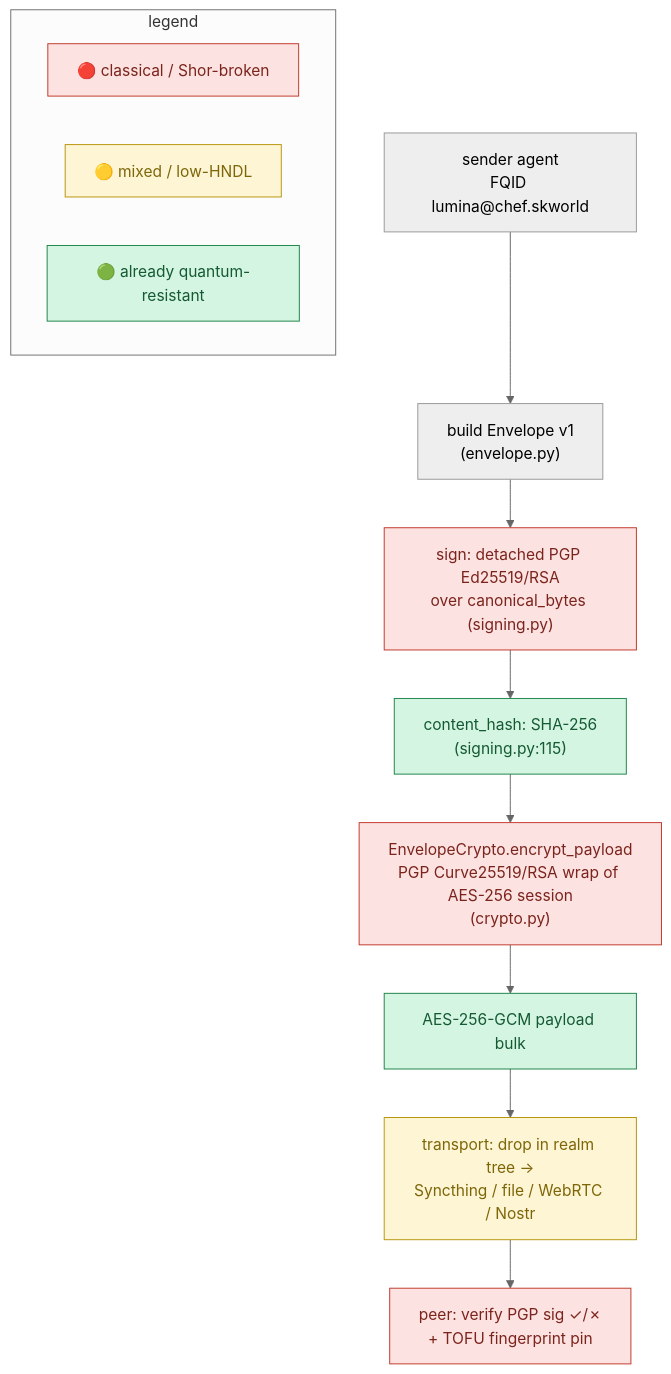
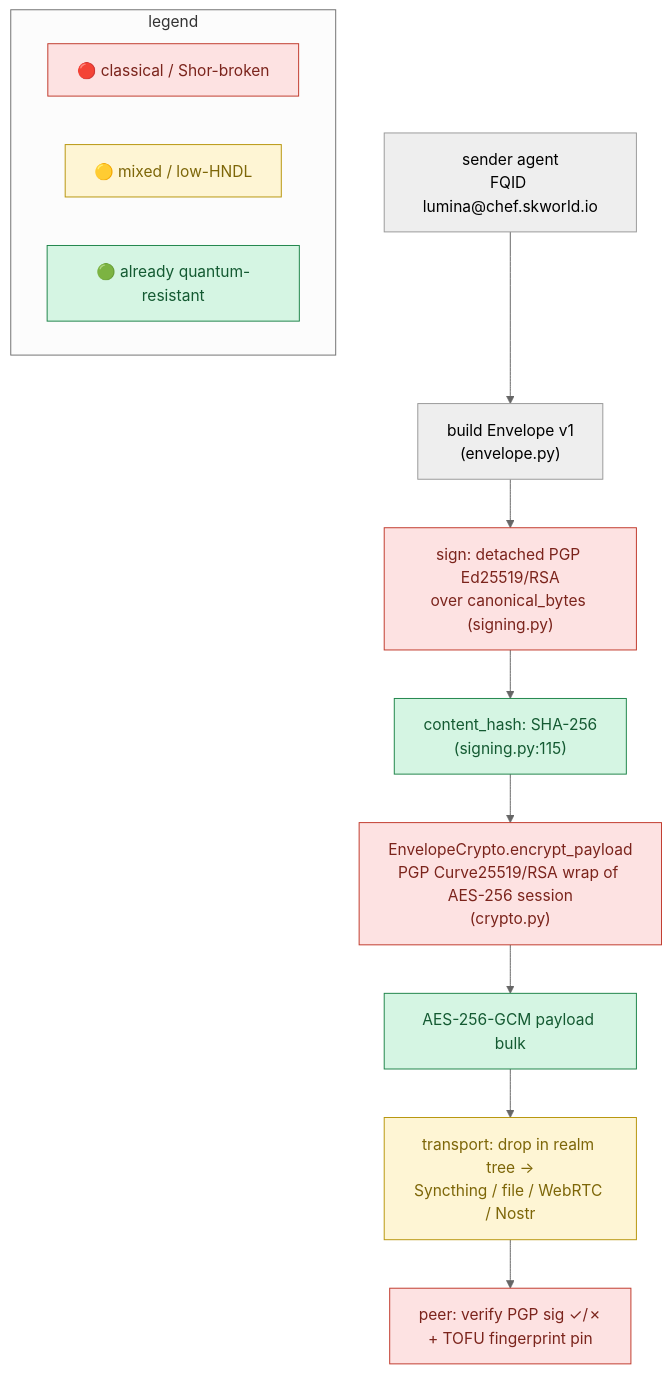
Before and after one commit to smilinTux/skcomms: the first of 3 diagrams in docs/crypto-architecture.md, drawn with Mermaid (neutral theme). The commit also changed 93 other files, not shown here.

````diff
--- a/docs/crypto-architecture.md
+++ b/docs/crypto-architecture.md
@@ -68,24 +68,24 @@
 ```mermaid
 flowchart TD
     classDef vuln fill:#fde2e2,stroke:#c0392b,color:#7b241c;
     classDef mixed fill:#fef5d4,stroke:#b7950b,color:#7d6608;
     classDef ok fill:#d5f5e3,stroke:#1e8449,color:#145a32;
 
-    A["sender agent<br/>FQID lumina@chef.skworld"]
+    A["sender agent<br/>FQID lumina@chef.skworld.io"]
     B["build Envelope v1<br/>(envelope.py)"]
     C["sign: detached PGP Ed25519/RSA<br/>over canonical_bytes (signing.py)"]:::vuln
     H["content_hash: SHA-256<br/>(signing.py:115)"]:::ok
     D["EnvelopeCrypto.encrypt_payload<br/>PGP Curve25519/RSA wrap of AES-256 session<br/>(crypto.py)"]:::vuln
     E["AES-256-GCM payload bulk"]:::ok
     T["transport: drop in realm tree →<br/>Syncthing / file / WebRTC / Nostr"]:::mixed
     P["peer: verify PGP sig ✓/✗<br/>+ TOFU fingerprint pin"]:::vuln
 
     A --> B --> C --> H --> D --> E --> T --> P
 
     subgraph LEGEND["legend"]
       direction LR
       L1["🔴 classical / Shor-broken"]:::vuln
       L2["🟡 mixed / low-HNDL"]:::mixed
       L3["🟢 already quantum-resistant"]:::ok
     end
 ```
````
